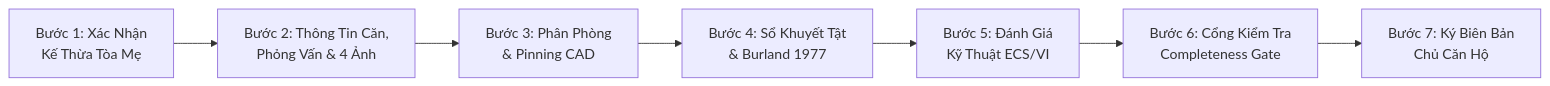
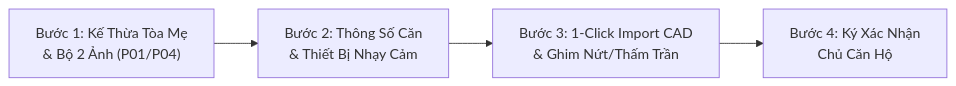
The fourth of 5 diagrams in docs/spec_chung_cu/01_E2E_USER_JOURNEY_AND_WORKFLOW.md (Vqd2k6/BCR-System), drawn with Mermaid before and after one commit. The commit also changed other lines of this file and 19 other files, not shown here.

Commit message:
feat(condo): implement building cad slicer, unit cad import, and streamlined 4-step survey form

````diff
--- a/docs/spec_chung_cu/01_E2E_USER_JOURNEY_AND_WORKFLOW.md
+++ b/docs/spec_chung_cu/01_E2E_USER_JOURNEY_AND_WORKFLOW.md
@@ -276,9 +276,6 @@
 ```mermaid
 graph LR
-    S1["Bước 1: Xác Nhận<br/>Kế Thừa Tòa Mẹ"] --> S2["Bước 2: Thông Tin Căn,<br/>Phỏng Vấn & 4 Ảnh"]
-    S2 --> S3["Bước 3: Phân Phòng<br/>& Pinning CAD"]
-    S3 --> S4["Bước 4: Sổ Khuyết Tật<br/>& Burland 1977"]
-    S4 --> S5["Bước 5: Đánh Giá<br/>Kỹ Thuật ECS/VI"]
-    S5 --> S6["Bước 6: Cổng Kiểm Tra<br/>Completeness Gate"]
-    S6 --> S7["Bước 7: Ký Biên Bản<br/>Chủ Căn Hộ"]
+    S1["Bước 1: Kế Thừa Tòa Mẹ<br/>& Bộ 2 Ảnh (P01/P04)"] --> S2["Bước 2: Thông Số Căn<br/>& Thiết Bị Nhạy Cảm"]
+    S2 --> S3["Bước 3: 1-Click Import CAD<br/>& Ghim Nứt/Thấm Trần"]
+    S3 --> S4["Bước 4: Ký Xác Nhận<br/>Chủ Căn Hộ"]
 ```
````
